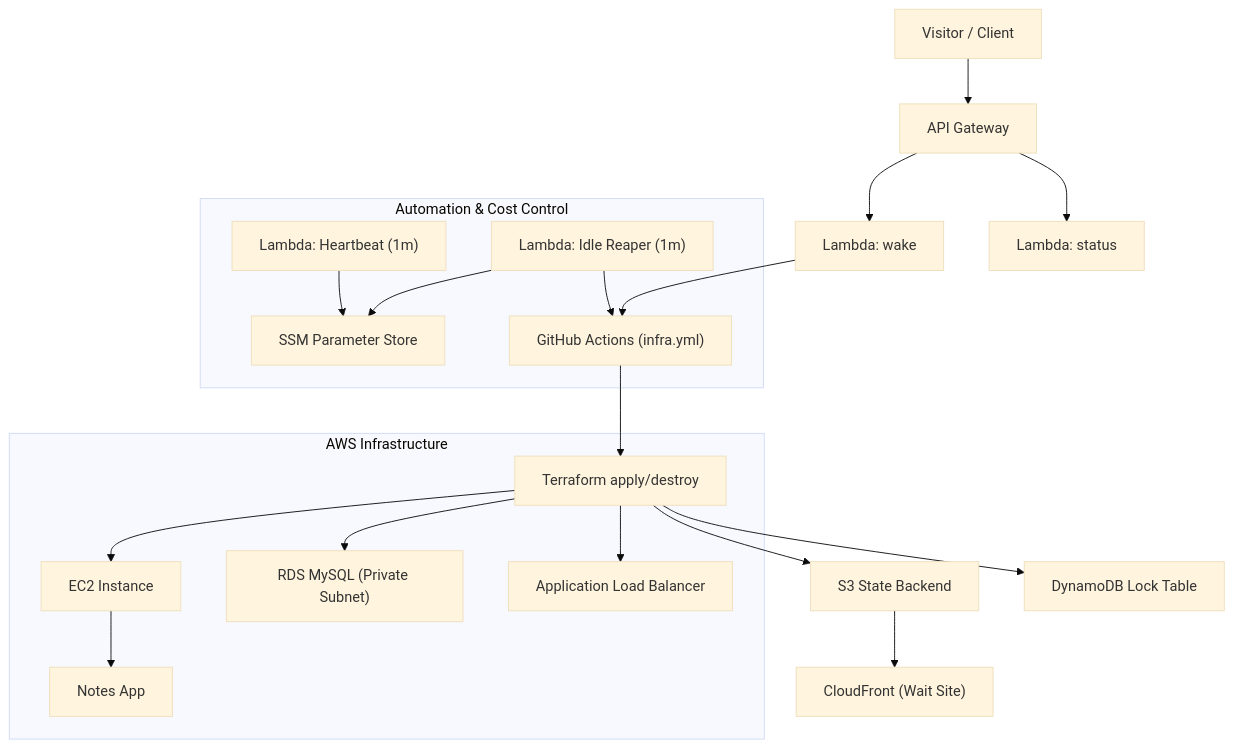
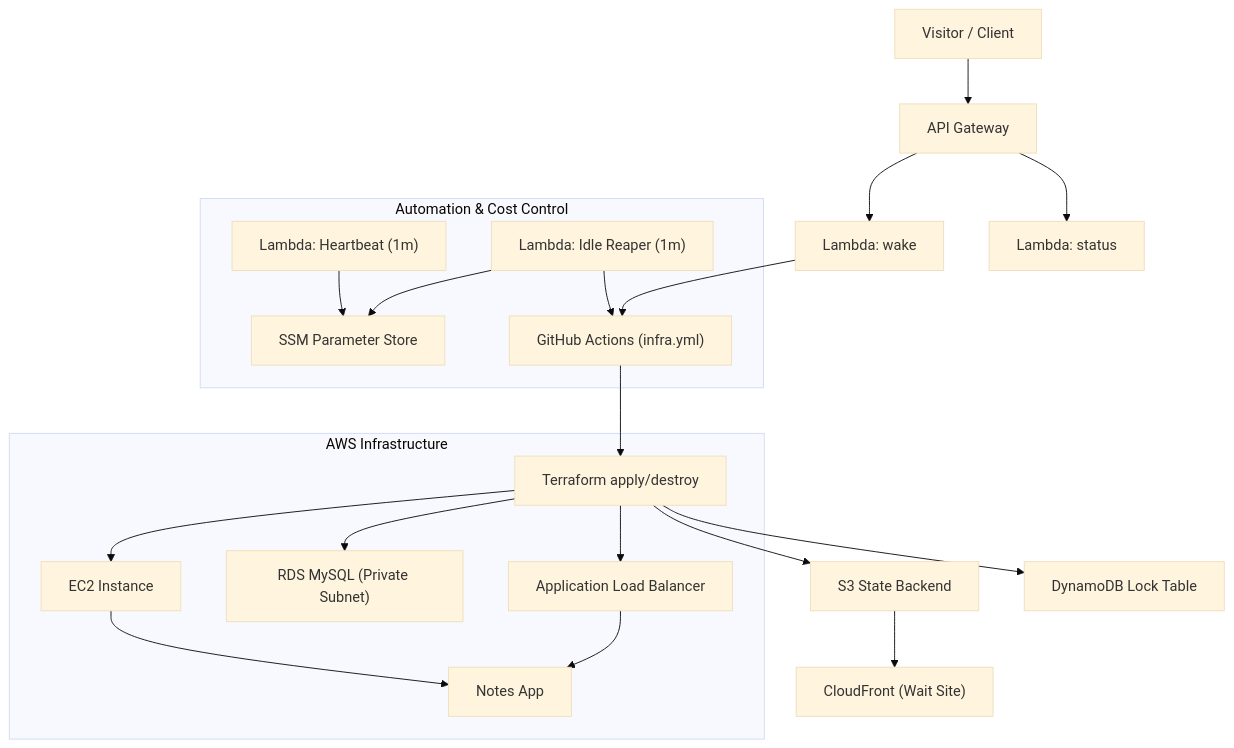
The diagram in README.md (rusets/aws-multi-tier-infra), drawn with Mermaid (base theme) before and after one commit. The commit also changed other lines of this file, not shown here.

Commit message:
docs: fix Mermaid diagram rendering on GitHub

````diff
--- a/README.md
+++ b/README.md
@@ -12,27 +16,28 @@
 ```mermaid
 flowchart TD
   U["Visitor / Client"] --> GW["API Gateway"]
   GW --> W["Lambda: wake"]
   GW --> S["Lambda: status"]
   W  --> GH["GitHub Actions (infra.yml)"]
   GH --> TF["Terraform apply/destroy"]
 
   subgraph AWS["AWS Infrastructure"]
     TF --> EC2["EC2 Instance"]
     TF --> DB["RDS MySQL (Private Subnet)"]
     TF --> ALB["Application Load Balancer"]
     EC2 --> APP["Notes App"]
+    ALB --> APP
   end
 
   subgraph AUTO["Automation & Cost Control"]
     HB["Lambda: Heartbeat (1m)"]
     IR["Lambda: Idle Reaper (1m)"]
     HB --> SSM["SSM Parameter Store"]
     IR --> SSM
     IR --> GH
   end
 
   TF --> S3["S3 State Backend"]
   TF --> DDB["DynamoDB Lock Table"]
   S3 --> CF["CloudFront (Wait Site)"]
 ```
````
